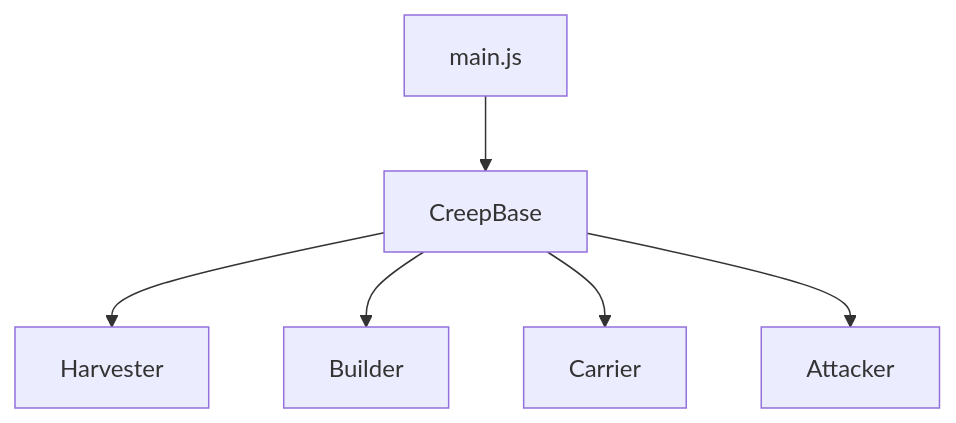
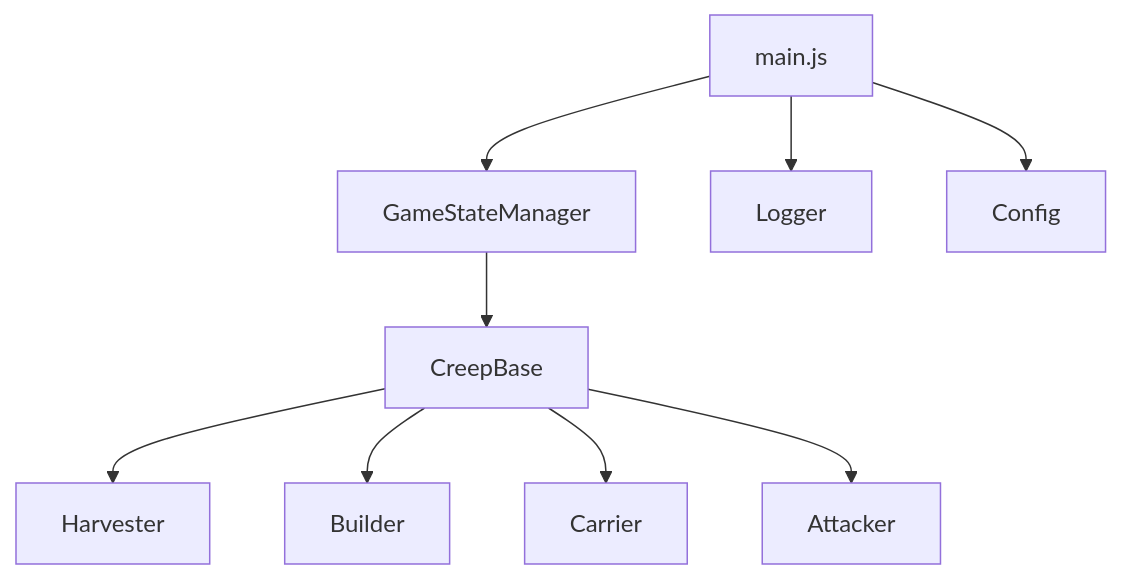
Before and after one commit to ekolvah/screeps: the first of 9 diagrams in architecture.md, drawn with Mermaid. The commit also changed other lines of this file and 7 other files, not shown here.

````diff
--- a/architecture.md
+++ b/architecture.md
@@ -5,8 +5,11 @@
 ```mermaid
 graph TD
-    A[main.js] --> B[CreepBase]
-    B --> C[Harvester]
-    B --> D[Builder]
-    B --> E[Carrier]
-    B --> F[Attacker]
+    A[main.js] --> B[GameStateManager]
+    A --> C[Logger]
+    A --> D[Config]
+    B --> E[CreepBase]
+    E --> F[Harvester]
+    E --> G[Builder]
+    E --> H[Carrier]
+    E --> I[Attacker]
 ```
````
